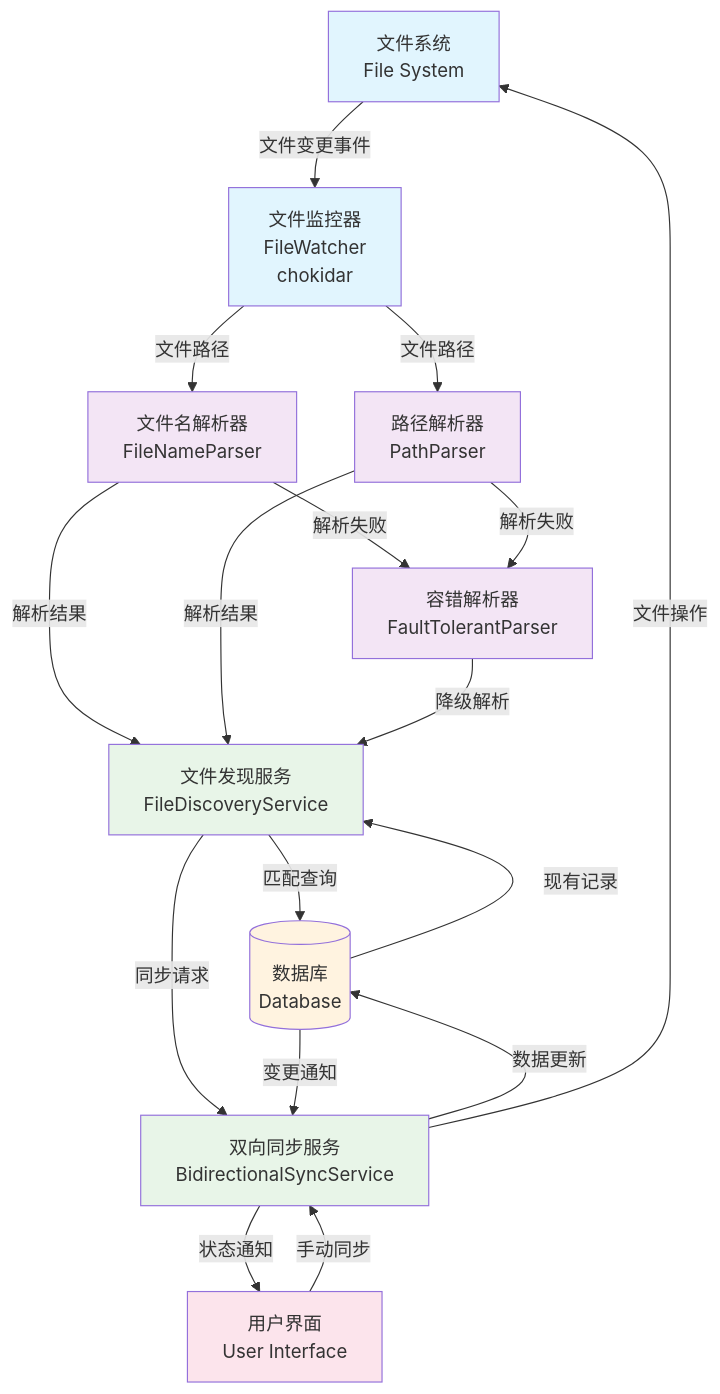
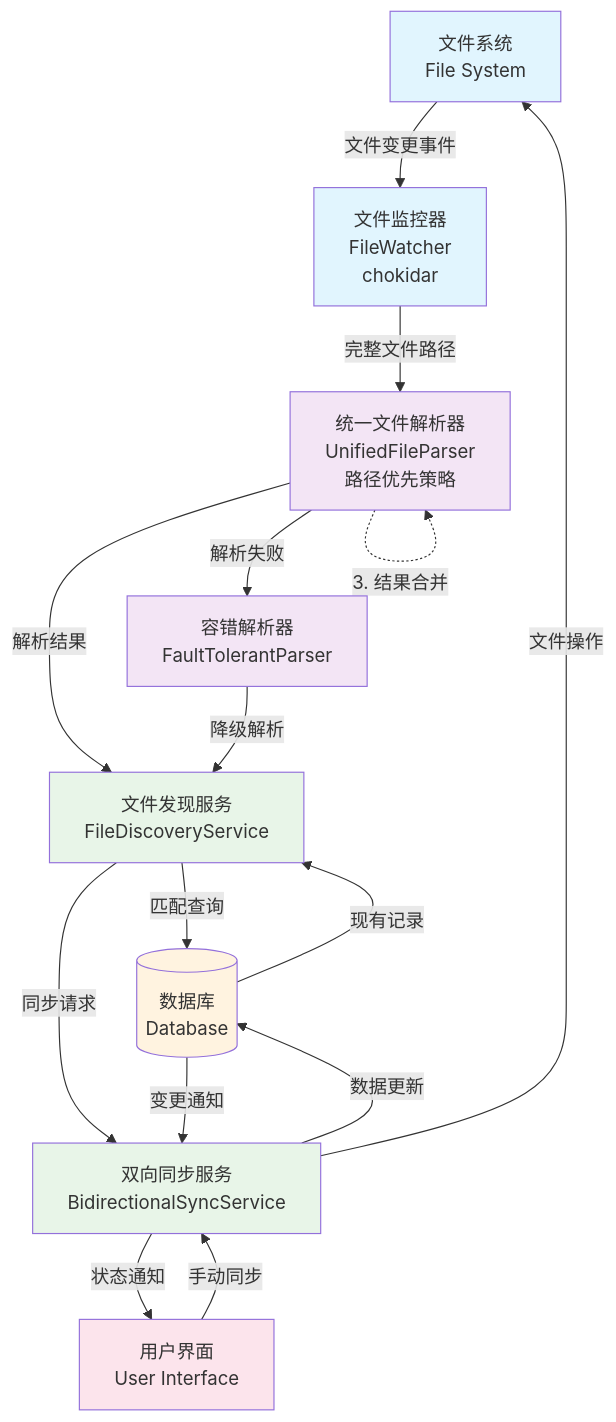
The first of 4 diagrams in RFCs/RFC-001-File-Name-Based-Bidirectional-Sync.md (wibus-wee/ClarityFile), drawn with Mermaid before and after one commit. The commit also changed other lines of this file, not shown here.

First line of the commit message:
feat(RFC): unify file parsing services and simplify architecture

````diff
--- a/RFCs/RFC-001-File-Name-Based-Bidirectional-Sync.md
+++ b/RFCs/RFC-001-File-Name-Based-Bidirectional-Sync.md
@@ -361,64 +413,64 @@
 ```mermaid
 graph TB
     %% 文件系统层
     FS[文件系统<br/>File System]
 
     %% 监控层
     FW[文件监控器<br/>FileWatcher<br/>chokidar]
 
-    %% 解析层
-    FNP[文件名解析器<br/>FileNameParser]
-    PP[路径解析器<br/>PathParser]
+    %% 统一解析层
+    UFP[统一文件解析器<br/>UnifiedFileParser<br/>路径优先策略]
     FTP[容错解析器<br/>FaultTolerantParser]
 
     %% 发现和匹配层
     FDS[文件发现服务<br/>FileDiscoveryService]
 
     %% 数据库层
     DB[(数据库<br/>Database)]
 
     %% 同步协调层
     BSS[双向同步服务<br/>BidirectionalSyncService]
 
     %% 用户界面层
     UI[用户界面<br/>User Interface]
 
     %% 主要流程
     FS -->|文件变更事件| FW
-    FW -->|文件路径| FNP
-    FW -->|文件路径| PP
+    FW -->|完整文件路径| UFP
 
-    FNP -->|解析失败| FTP
-    PP -->|解析失败| FTP
-
-    FNP -->|解析结果| FDS
-    PP -->|解析结果| FDS
+    UFP -->|解析失败| FTP
+    UFP -->|解析结果| FDS
     FTP -->|降级解析| FDS
 
     FDS -->|匹配查询| DB
     DB -->|现有记录| FDS
 
     FDS -->|同步请求| BSS
     BSS -->|数据更新| DB
 
     BSS -->|状态通知| UI
     UI -->|手动同步| BSS
 
     %% 反向流程（数据库变更）
     DB -->|变更通知| BSS
     BSS -->|文件操作| FS
 
+    %% 内部解析流程
+    UFP -.->|1. 路径解析| UFP
+    UFP -.->|2. 文件名解析| UFP
+    UFP -.->|3. 结果合并| UFP
+
     %% 样式定义
     classDef fileSystem fill:#e1f5fe
     classDef parser fill:#f3e5f5
     classDef service fill:#e8f5e8
     classDef database fill:#fff3e0
     classDef ui fill:#fce4ec
 
     class FS fileSystem
     class FW fileSystem
-    class FNP,PP,FTP parser
+    class UFP,FTP parser
     class FDS,BSS service
     class DB database
     class UI ui
 ```
````
